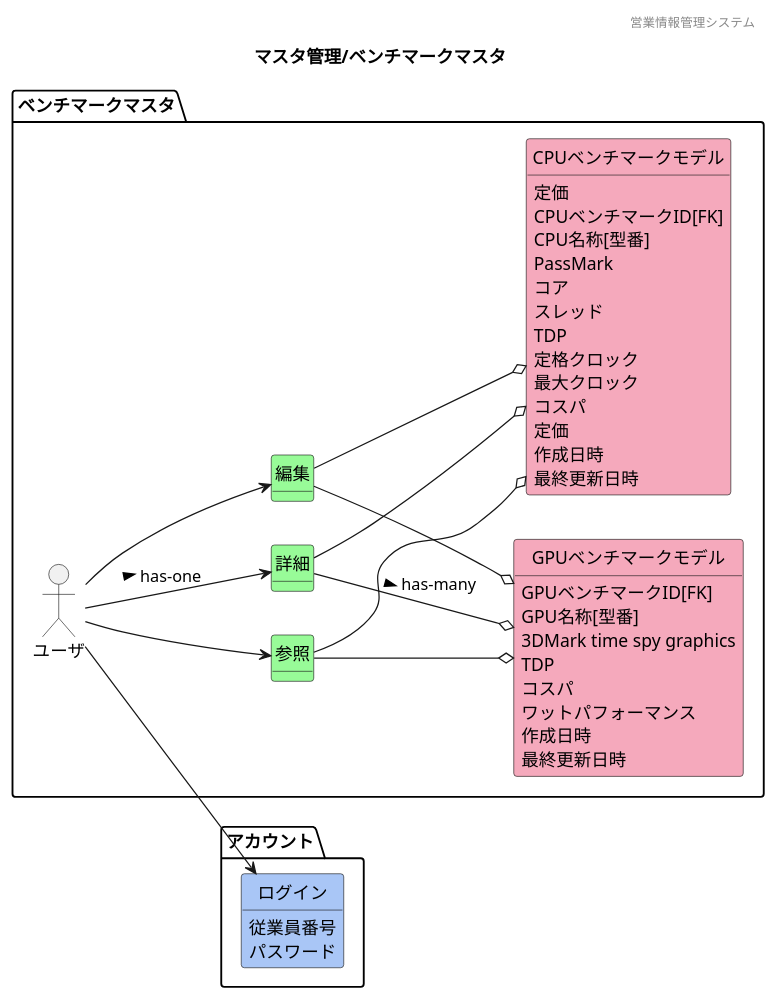
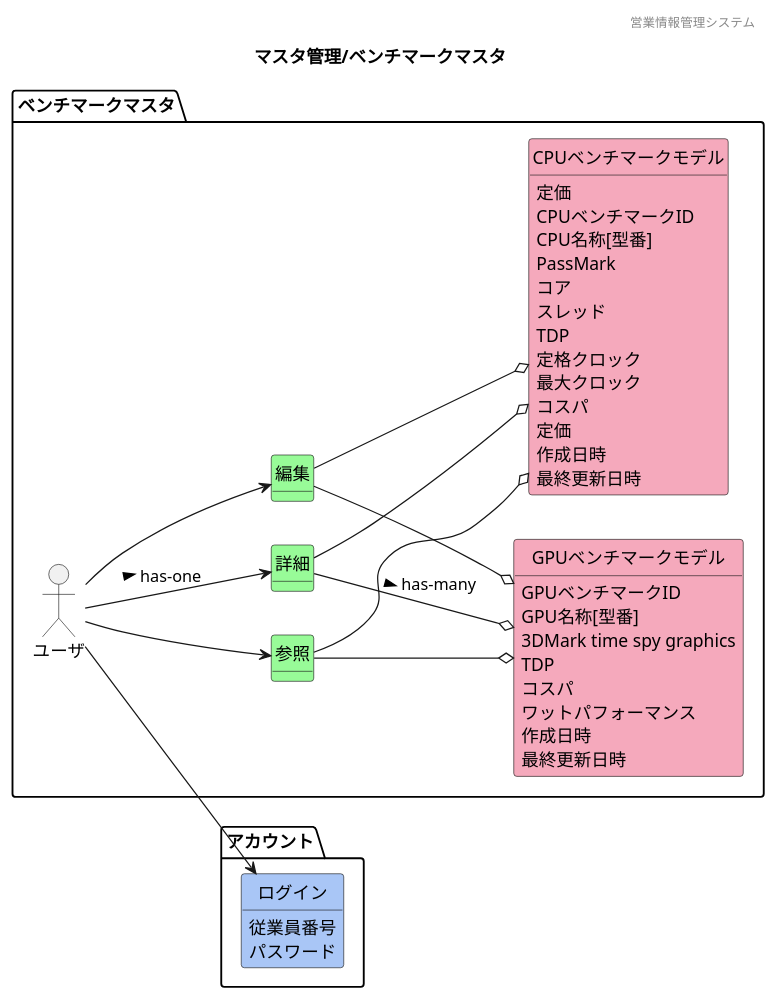
The diagram in 各種設計書/1ドメインモデル図/マスタ管理/F05ベンチマークマスタ.plantuml (HaruShim/Sotuken), drawn with PlantUML before and after one commit. The commit also changed 11 other files, not shown here.

```diff
--- a/各種設計書/1ドメインモデル図/マスタ管理/F05ベンチマークマスタ.plantuml
+++ b/各種設計書/1ドメインモデル図/マスタ管理/F05ベンチマークマスタ.plantuml
@@ -1,69 +1,69 @@
 @startuml images/マスタ管理/ベンチマークマスタ
 ' ヘッダー
 header 営業情報管理システム
 ' タイトル
 title マスタ管理/ベンチマークマスタ
 ' 
 hide circle
 ' 
 hide method
 left to right direction
 
 package "アカウント"{
     class "ログイン" #A9C6F6
 
 }
 
 package "ベンチマークマスタ" {
     'ユーザや外部システム
     mix_actor "ユーザ"
     class "詳細" #98fb98
     class "編集" #98fb98
     class "参照" #98fb98
     class "GPUベンチマークモデル" #F5A9BC 
     class "CPUベンチマークモデル" #F5A9BC 
     }
 
     'モデル同士の関係
     ユーザ --> 参照
     ユーザ --> 編集
     ユーザ --> 詳細 : > has-one
     ユーザ --> ログイン
     参照 --o GPUベンチマークモデル
     編集 --o GPUベンチマークモデル
     詳細 --o GPUベンチマークモデル : > has-many
     参照 --o CPUベンチマークモデル
     編集 --o CPUベンチマークモデル
     詳細 --o CPUベンチマークモデル
 
     'ドメインクラスの属性
-    GPUベンチマークモデル : GPUベンチマークID[FK]
+    GPUベンチマークモデル : GPUベンチマークID
     GPUベンチマークモデル : GPU名称[型番]
     GPUベンチマークモデル : 3DMark time spy graphics
     GPUベンチマークモデル : TDP
     GPUベンチマークモデル : コスパ
     GPUベンチマークモデル : ワットパフォーマンス
     CPUベンチマークモデル : 定価
     GPUベンチマークモデル : 作成日時
     GPUベンチマークモデル : 最終更新日時
 
-    CPUベンチマークモデル : CPUベンチマークID[FK]
+    CPUベンチマークモデル : CPUベンチマークID
     CPUベンチマークモデル : CPU名称[型番]
     CPUベンチマークモデル : PassMark
     CPUベンチマークモデル : コア
     CPUベンチマークモデル : スレッド
     CPUベンチマークモデル : TDP
     CPUベンチマークモデル : 定格クロック
     CPUベンチマークモデル : 最大クロック
     CPUベンチマークモデル : コスパ
     CPUベンチマークモデル : 定価
     CPUベンチマークモデル : 作成日時
     CPUベンチマークモデル : 最終更新日時
     ' 商品情報モデル : ER図の変更点待ち
     ログイン : 従業員番号
     ログイン : パスワード
 
 
 
 
 @enduml
```
